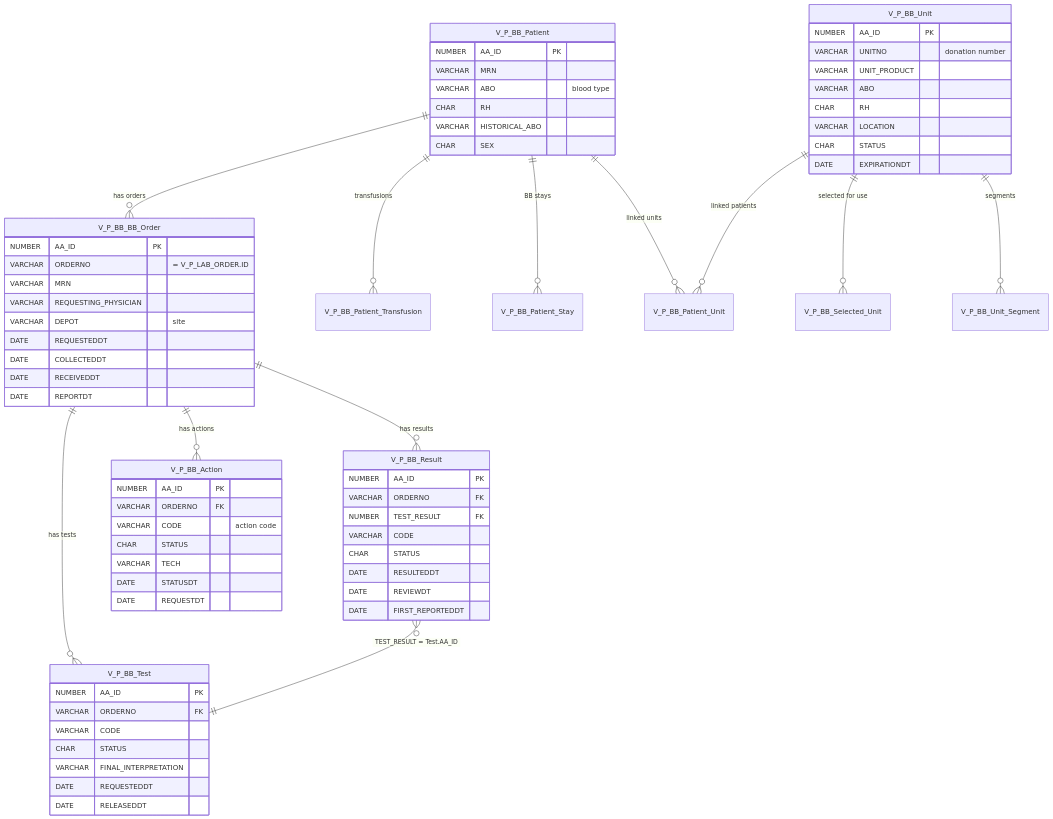
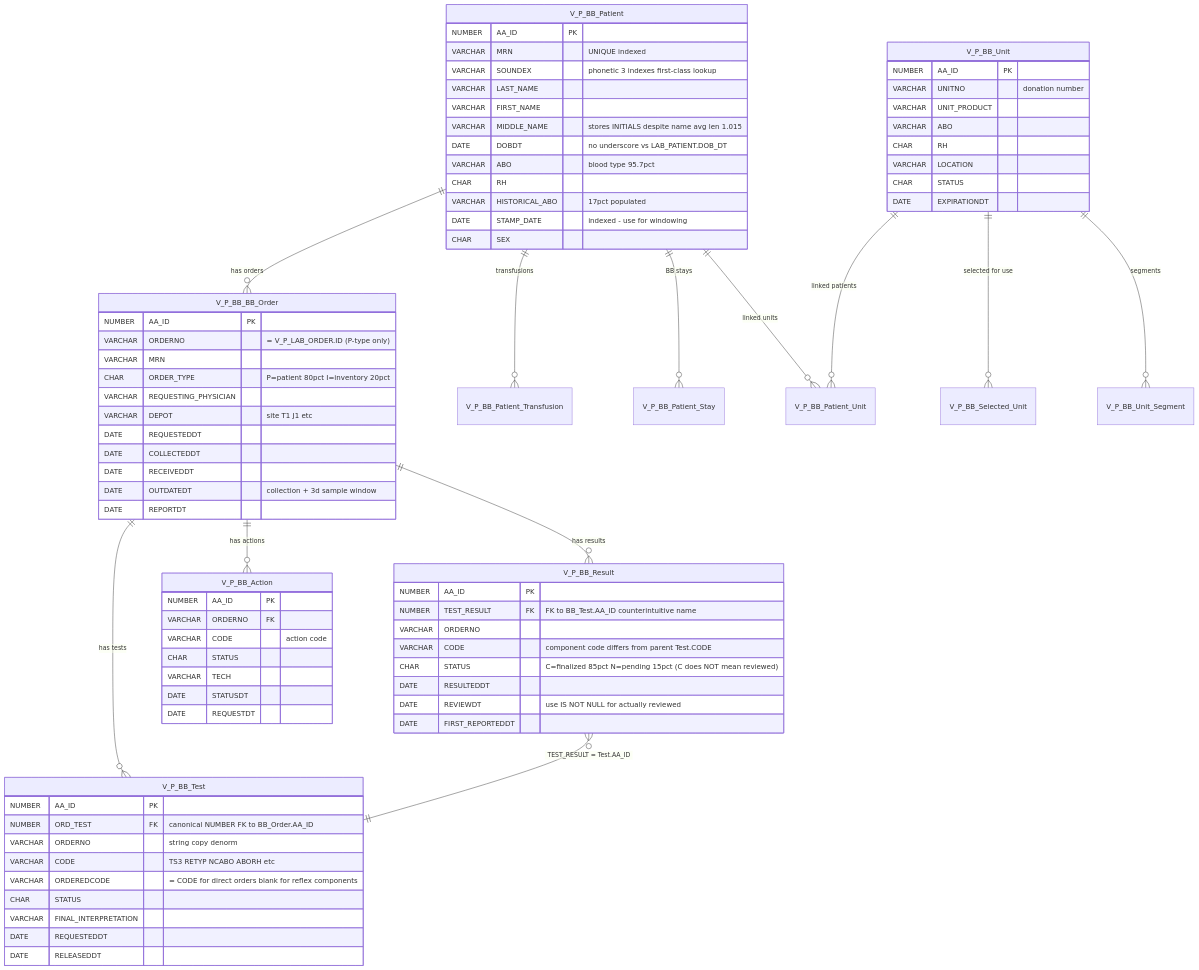
Before and after one commit to rfedeli/sql_queries: the fourth of 5 diagrams in schema_diagrams.md, drawn with Mermaid. The commit also changed other lines of this file, not shown here.

````diff
--- a/schema_diagrams.md
+++ b/schema_diagrams.md
@@ -251,72 +251,82 @@
 ```mermaid
 erDiagram
     V_P_BB_Patient ||--o{ V_P_BB_BB_Order : "has orders"
     V_P_BB_BB_Order ||--o{ V_P_BB_Result : "has results"
     V_P_BB_BB_Order ||--o{ V_P_BB_Test : "has tests"
     V_P_BB_Result }o--|| V_P_BB_Test : "TEST_RESULT = Test.AA_ID"
     V_P_BB_BB_Order ||--o{ V_P_BB_Action : "has actions"
     V_P_BB_Patient ||--o{ V_P_BB_Patient_Transfusion : "transfusions"
     V_P_BB_Patient ||--o{ V_P_BB_Patient_Stay : "BB stays"
     V_P_BB_Patient ||--o{ V_P_BB_Patient_Unit : "linked units"
     V_P_BB_Unit ||--o{ V_P_BB_Patient_Unit : "linked patients"
     V_P_BB_Unit ||--o{ V_P_BB_Selected_Unit : "selected for use"
     V_P_BB_Unit ||--o{ V_P_BB_Unit_Segment : "segments"
 
     V_P_BB_BB_Order {
         NUMBER AA_ID PK
-        VARCHAR ORDERNO "= V_P_LAB_ORDER.ID"
+        VARCHAR ORDERNO "= V_P_LAB_ORDER.ID (P-type only)"
         VARCHAR MRN
+        CHAR ORDER_TYPE "P=patient 80pct I=inventory 20pct"
         VARCHAR REQUESTING_PHYSICIAN
-        VARCHAR DEPOT "site"
+        VARCHAR DEPOT "site T1 J1 etc"
         DATE REQUESTEDDT
         DATE COLLECTEDDT
         DATE RECEIVEDDT
+        DATE OUTDATEDT "collection + 3d sample window"
         DATE REPORTDT
     }
     V_P_BB_Result {
         NUMBER AA_ID PK
-        VARCHAR ORDERNO FK
-        NUMBER TEST_RESULT FK
-        VARCHAR CODE
-        CHAR STATUS
+        NUMBER TEST_RESULT FK "FK to BB_Test.AA_ID counterintuitive name"
+        VARCHAR ORDERNO
+        VARCHAR CODE "component code differs from parent Test.CODE"
+        CHAR STATUS "C=finalized 85pct N=pending 15pct (C does NOT mean reviewed)"
         DATE RESULTEDDT
-        DATE REVIEWDT
+        DATE REVIEWDT "use IS NOT NULL for actually reviewed"
         DATE FIRST_REPORTEDDT
     }
     V_P_BB_Test {
         NUMBER AA_ID PK
-        VARCHAR ORDERNO FK
-        VARCHAR CODE
+        NUMBER ORD_TEST FK "canonical NUMBER FK to BB_Order.AA_ID"
+        VARCHAR ORDERNO "string copy denorm"
+        VARCHAR CODE "TS3 RETYP NCABO ABORH etc"
+        VARCHAR ORDEREDCODE "= CODE for direct orders blank for reflex components"
         CHAR STATUS
         VARCHAR FINAL_INTERPRETATION
         DATE REQUESTEDDT
         DATE RELEASEDDT
     }
     V_P_BB_Patient {
         NUMBER AA_ID PK
-        VARCHAR MRN
-        VARCHAR ABO "blood type"
+        VARCHAR MRN "UNIQUE indexed"
+        VARCHAR SOUNDEX "phonetic 3 indexes first-class lookup"
+        VARCHAR LAST_NAME
+        VARCHAR FIRST_NAME
+        VARCHAR MIDDLE_NAME "stores INITIALS despite name avg len 1.015"
+        DATE DOBDT "no underscore vs LAB_PATIENT.DOB_DT"
+        VARCHAR ABO "blood type 95.7pct"
         CHAR RH
-        VARCHAR HISTORICAL_ABO
+        VARCHAR HISTORICAL_ABO "17pct populated"
+        DATE STAMP_DATE "indexed - use for windowing"
         CHAR SEX
     }
     V_P_BB_Unit {
         NUMBER AA_ID PK
         VARCHAR UNITNO "donation number"
         VARCHAR UNIT_PRODUCT
         VARCHAR ABO
         CHAR RH
         VARCHAR LOCATION
         CHAR STATUS
         DATE EXPIRATIONDT
     }
     V_P_BB_Action {
         NUMBER AA_ID PK
         VARCHAR ORDERNO FK
         VARCHAR CODE "action code"
         CHAR STATUS
         VARCHAR TECH
         DATE STATUSDT
         DATE REQUESTDT
     }
 ```
````
